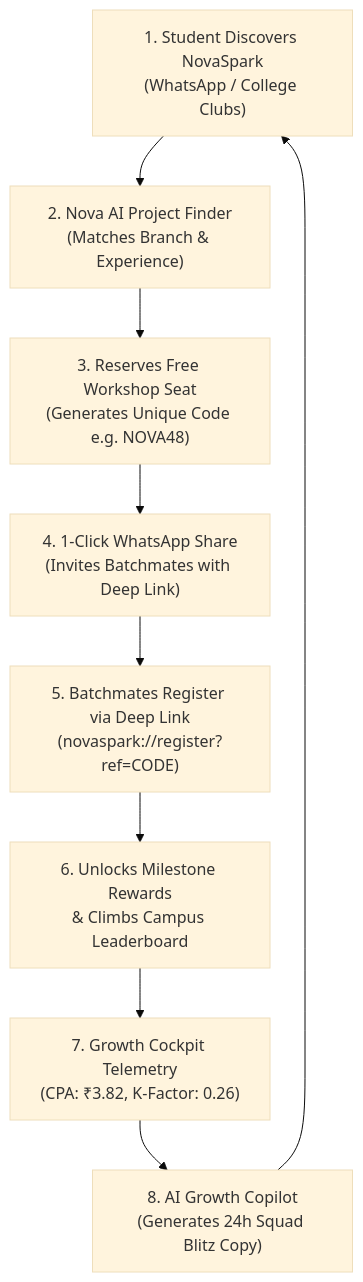
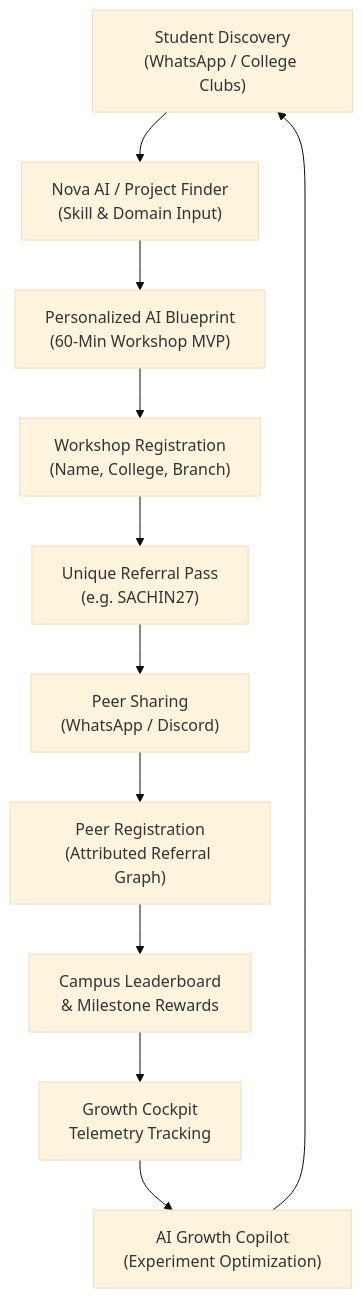
One commit to Sachin12054/NovaSpark changed the first of 4 diagrams in README.md. Above: the diagram before and after it, drawn with Mermaid (base theme). The commit also changed other lines of this file, not shown here.

````diff
--- a/README.md
+++ b/README.md
@@ -28,11 +72,13 @@
 ```mermaid
 flowchart TD
-    A["1. Student Discovers NovaSpark\n(WhatsApp / College Clubs)"] --> B["2. Nova AI Project Finder\n(Matches Branch & Experience)"]
-    B --> C["3. Reserves Free Workshop Seat\n(Generates Unique Code e.g. NOVA48)"]
-    C --> D["4. 1-Click WhatsApp Share\n(Invites Batchmates with Deep Link)"]
-    D --> E["5. Batchmates Register via Deep Link\n(novaspark://register?ref=CODE)"]
-    E --> F["6. Unlocks Milestone Rewards\n& Climbs Campus Leaderboard"]
-    F --> G["7. Growth Cockpit Telemetry\n(CPA: ₹3.82, K-Factor: 0.26)"]
-    G --> H["8. AI Growth Copilot\n(Generates 24h Squad Blitz Copy)"]
-    H --> A
+    A["Student Discovery\n(WhatsApp / College Clubs)"] --> B["Nova AI / Project Finder\n(Skill & Domain Input)"]
+    B --> C["Personalized AI Blueprint\n(60-Min Workshop MVP)"]
+    C --> D["Workshop Registration\n(Name, College, Branch)"]
+    D --> E["Unique Referral Pass\n(e.g. SACHIN27)"]
+    E --> F["Peer Sharing\n(WhatsApp / Discord)"]
+    F --> G["Peer Registration\n(Attributed Referral Graph)"]
+    G --> H["Campus Leaderboard\n& Milestone Rewards"]
+    H --> I["Growth Cockpit\nTelemetry Tracking"]
+    I --> J["AI Growth Copilot\n(Experiment Optimization)"]
+    J --> A
 ```
````
